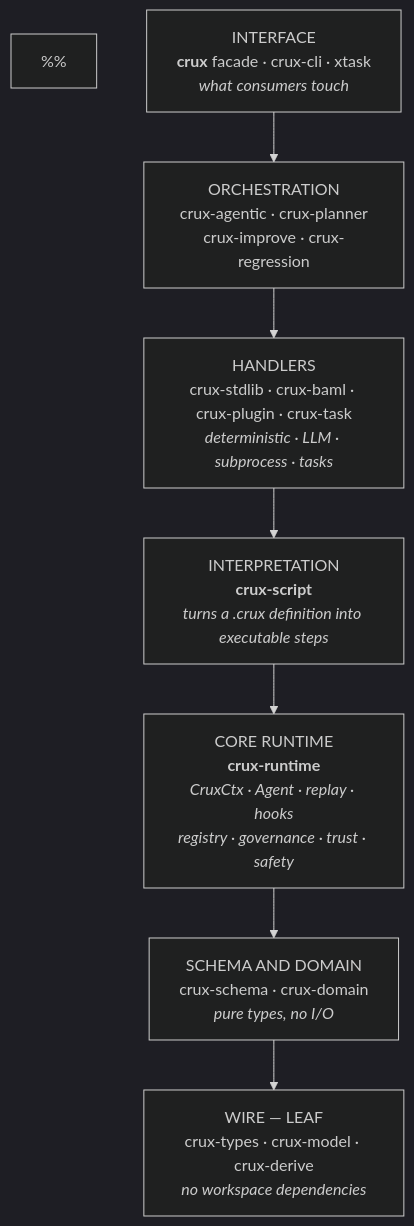
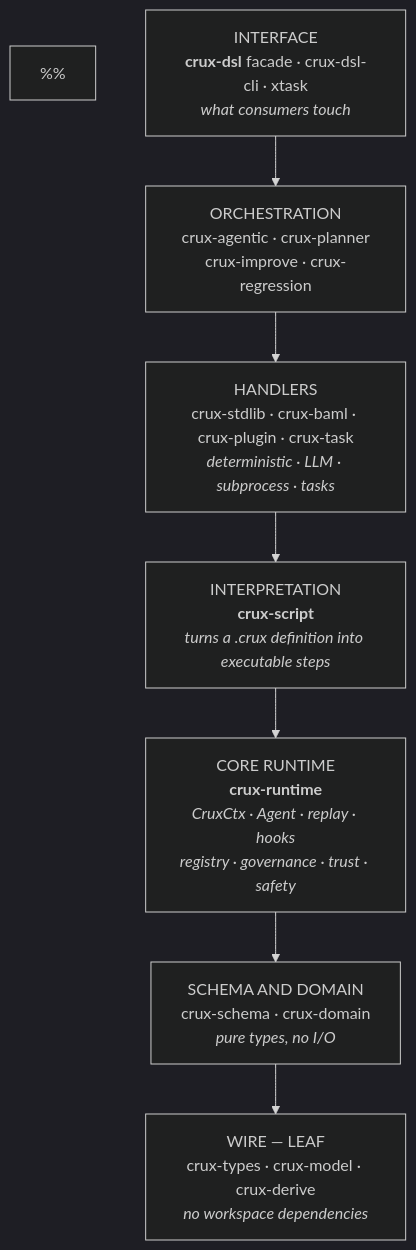
Before and after one commit to 89jobrien/crux: the diagram in site/diagrams/architecture.mmd, drawn with Mermaid (dark theme). The commit also changed 24 other files, not shown here.

First line of the commit message:
chore(release): rename facade and CLI crates for crates.io publishing

```diff
--- a/site/diagrams/architecture.mmd
+++ b/site/diagrams/architecture.mmd
@@ -1,20 +1,20 @@
 flowchart TB
 %% crux workspace layers. Dependencies point inward: each layer may depend on
 %% the layer below it and on nothing above it.
 %%
 %% Rendered by scripts/render-diagrams.sh. Edit this file, not the SVG.
 
-  interface["INTERFACE<br/><b>crux</b> facade &middot; crux-cli &middot; xtask<br/><i>what consumers touch</i>"]
+  interface["INTERFACE<br/><b>crux-dsl</b> facade &middot; crux-dsl-cli &middot; xtask<br/><i>what consumers touch</i>"]
   orchestration["ORCHESTRATION<br/>crux-agentic &middot; crux-planner<br/>crux-improve &middot; crux-regression"]
   handlers["HANDLERS<br/>crux-stdlib &middot; crux-baml &middot; crux-plugin &middot; crux-task<br/><i>deterministic &middot; LLM &middot; subprocess &middot; tasks</i>"]
   script["INTERPRETATION<br/><b>crux-script</b><br/><i>turns a .crux definition into executable steps</i>"]
   runtime["CORE RUNTIME<br/><b>crux-runtime</b><br/><i>CruxCtx &middot; Agent &middot; replay &middot; hooks<br/>registry &middot; governance &middot; trust &middot; safety</i>"]
   domain["SCHEMA AND DOMAIN<br/>crux-schema &middot; crux-domain<br/><i>pure types, no I/O</i>"]
   wire["WIRE &mdash; LEAF<br/>crux-types &middot; crux-model &middot; crux-derive<br/><i>no workspace dependencies</i>"]
 
   interface --> orchestration
   orchestration --> handlers
   handlers --> script
   script --> runtime
   runtime --> domain
   domain --> wire
```
